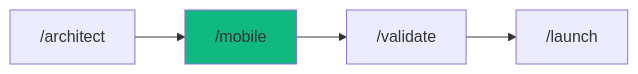
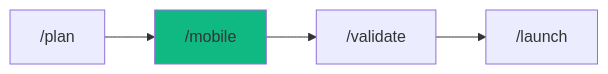
The diagram in .agent/workflows/mobile.md (pikakit/agent-skills), drawn with Mermaid before and after one commit. The commit also changed 5 other files, not shown here.

Commit message:
refactor: replace remaining /architect refs with /plan in workflow files

````diff
--- a/.agent/workflows/mobile.md
+++ b/.agent/workflows/mobile.md
@@ -163,7 +163,7 @@
 ```mermaid
 graph LR
-    A["/architect"] --> B["/mobile"]
+    A["/plan"] --> B["/mobile"]
     B --> C["/validate"]
     C --> D["/launch"]
     style B fill:#10b981
 ```
````
